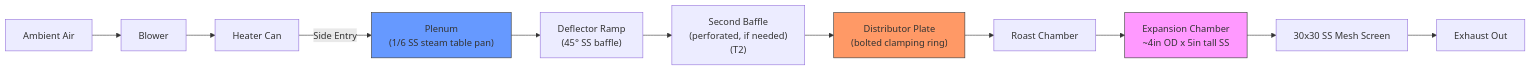
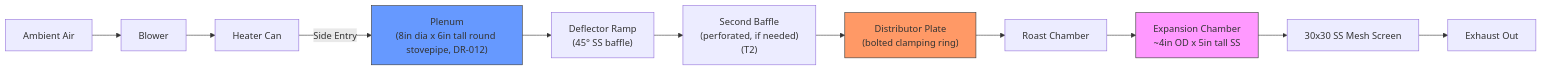
One commit to tom-jordan23/roaster changed the first of 4 diagrams in docs/system/block-diagram.md. Above: the diagram before and after it, drawn with Mermaid. The commit also changed 7 other files, not shown here.

````diff
--- a/docs/system/block-diagram.md
+++ b/docs/system/block-diagram.md
@@ -16,17 +16,17 @@
 ```mermaid
 flowchart LR
     A[Ambient Air] --> B[Blower]
     B --> C[Heater Can]
-    C -->|Side Entry| D["Plenum\n(1/6 SS steam table pan)"]
+    C -->|Side Entry| D["Plenum\n(8in dia x 6in tall round stovepipe, DR-012)"]
     D --> E["Deflector Ramp\n(45° SS baffle)"]
     E --> E2["Second Baffle\n(perforated, if needed)\n(T2)"]
     E2 --> F["Distributor Plate\n(bolted clamping ring)"]
     F --> G[Roast Chamber]
     G --> H[Expansion Chamber\n~4in OD x 5in tall SS]
     H --> J[30x30 SS Mesh Screen]
     J --> I[Exhaust Out]
 
     style F fill:#f96,stroke:#333
     style D fill:#69f,stroke:#333
     style H fill:#f9f,stroke:#333
 ```
````
